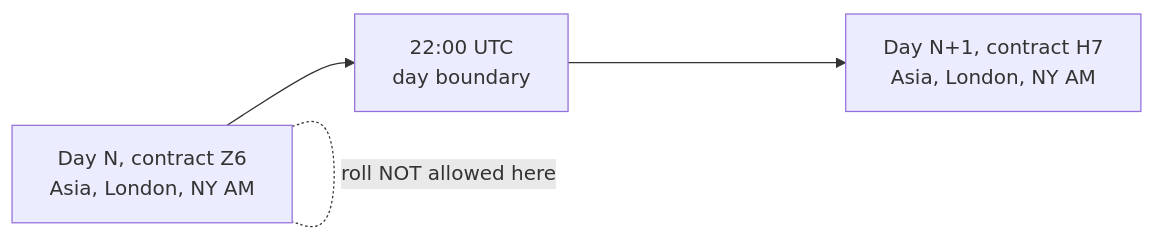
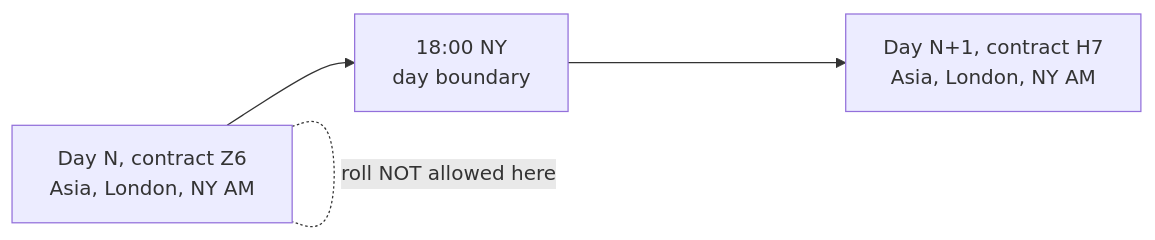
Before and after one commit to parvanescu/ict-backtest-engine: the diagram in documents/implementation_strategy/01_instruments_and_data.md, drawn with Mermaid. The commit also changed other lines of this file and 551 other files, not shown here.

````diff
--- a/documents/implementation_strategy/01_instruments_and_data.md
+++ b/documents/implementation_strategy/01_instruments_and_data.md
@@ -60,6 +60,6 @@
 ```mermaid
 flowchart LR
-    A[Day N, contract Z6<br/>Asia, London, NY AM] --> B[22:00 UTC<br/>day boundary]
+    A[Day N, contract Z6<br/>Asia, London, NY AM] --> B[18:00 NY<br/>day boundary]
     B --> C[Day N+1, contract H7<br/>Asia, London, NY AM]
     A -. "roll NOT allowed here" .- A
 ```
````
